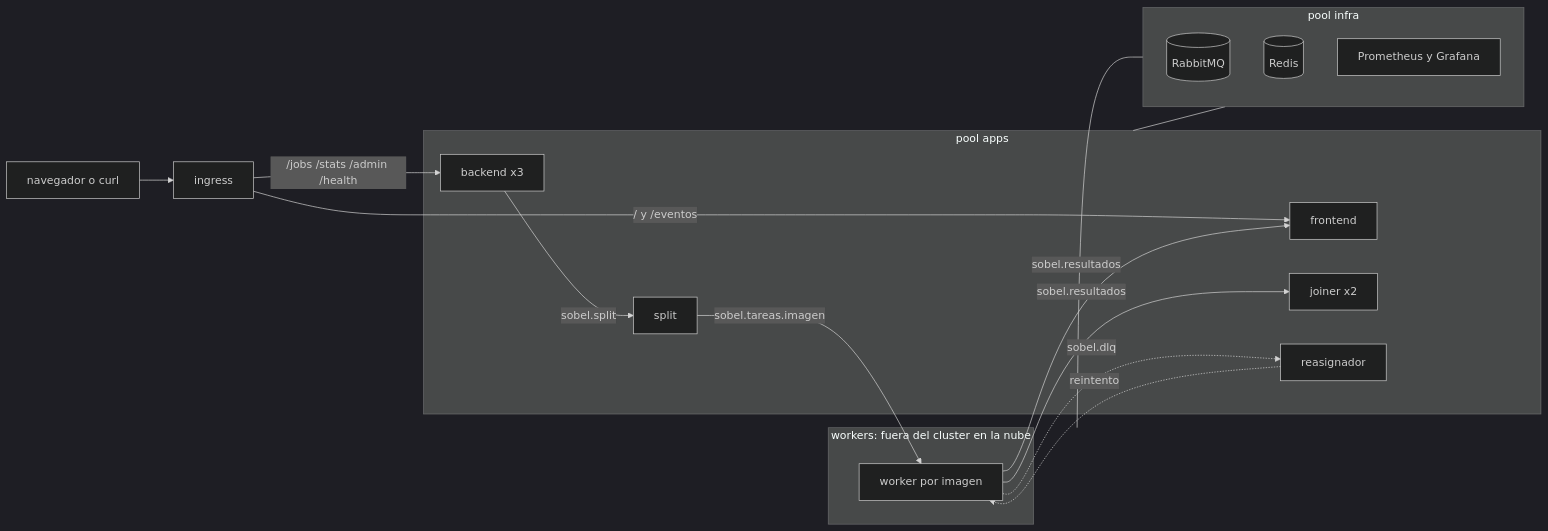
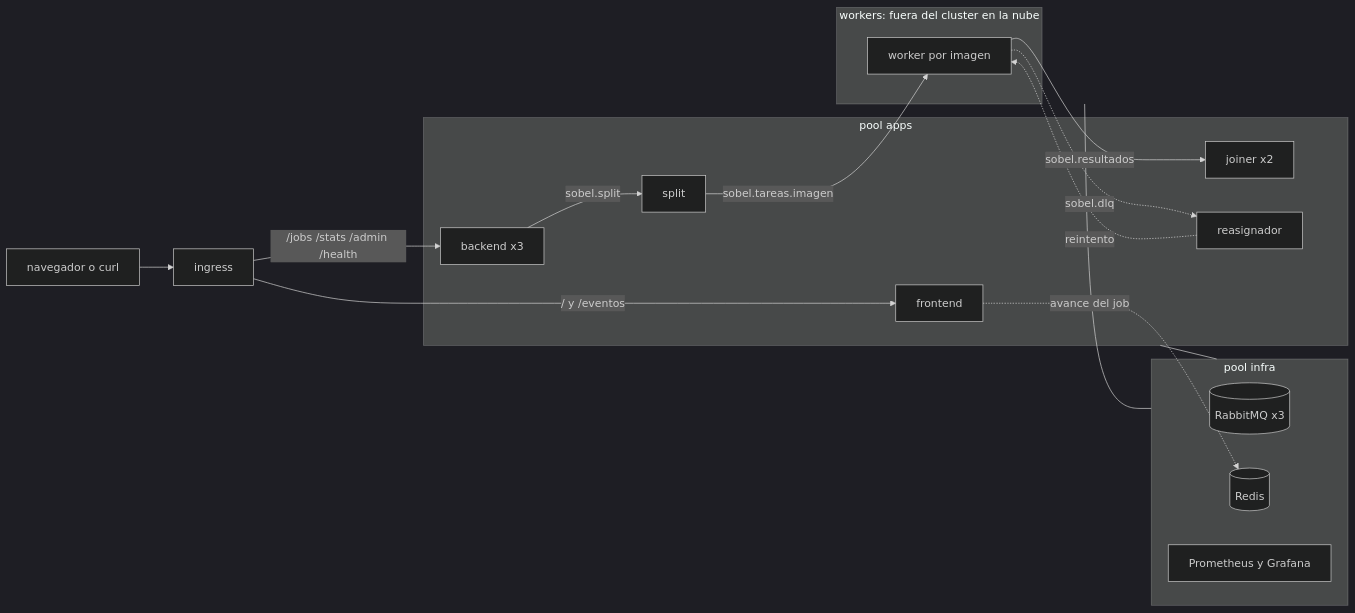
One commit to chimera-sdypp/sdypp_tp3 changed the diagram in hit3/README.md. Above: the diagram before and after it, drawn with Mermaid (dark theme). The commit also changed other lines of this file and 1 other file, not shown here.

Commit message:
docs(hit3): el frontend lee el avance de Redis y RabbitMQ corre con 3 réplicas

````diff
--- a/hit3/README.md
+++ b/hit3/README.md
@@ -24,26 +24,27 @@
 ```mermaid
 flowchart LR
     U[navegador o curl] --> I[ingress]
     I -->|"/jobs /stats /admin /health"| B
     I -->|"/ y /eventos"| F
     subgraph apps["pool apps"]
         B[backend x3]
         S[split]
         J[joiner x2]
         R[reasignador]
         F[frontend]
     end
     subgraph fuera["workers: fuera del cluster en la nube"]
         W[worker por imagen]
     end
     subgraph infra["pool infra"]
-        MQ[(RabbitMQ)]
+        MQ[(RabbitMQ x3)]
         RD[(Redis)]
         P[Prometheus y Grafana]
     end
     B -->|sobel.split| S
     S -->|"sobel.tareas.imagen"| W
-    W -->|sobel.resultados| J & F
+    W -->|sobel.resultados| J
+    F -.->|avance del job| RD
     W -.->|sobel.dlq| R -.->|reintento| W
     apps & fuera --- infra
 ```
````
